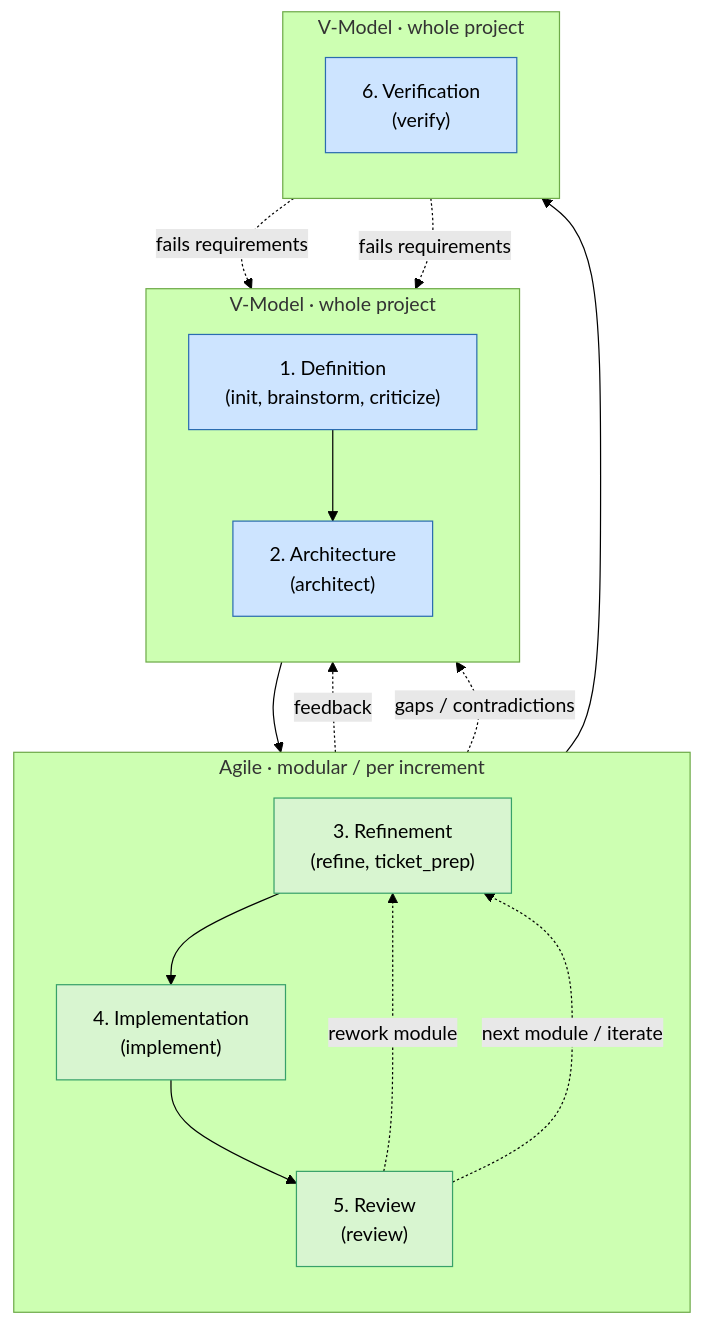
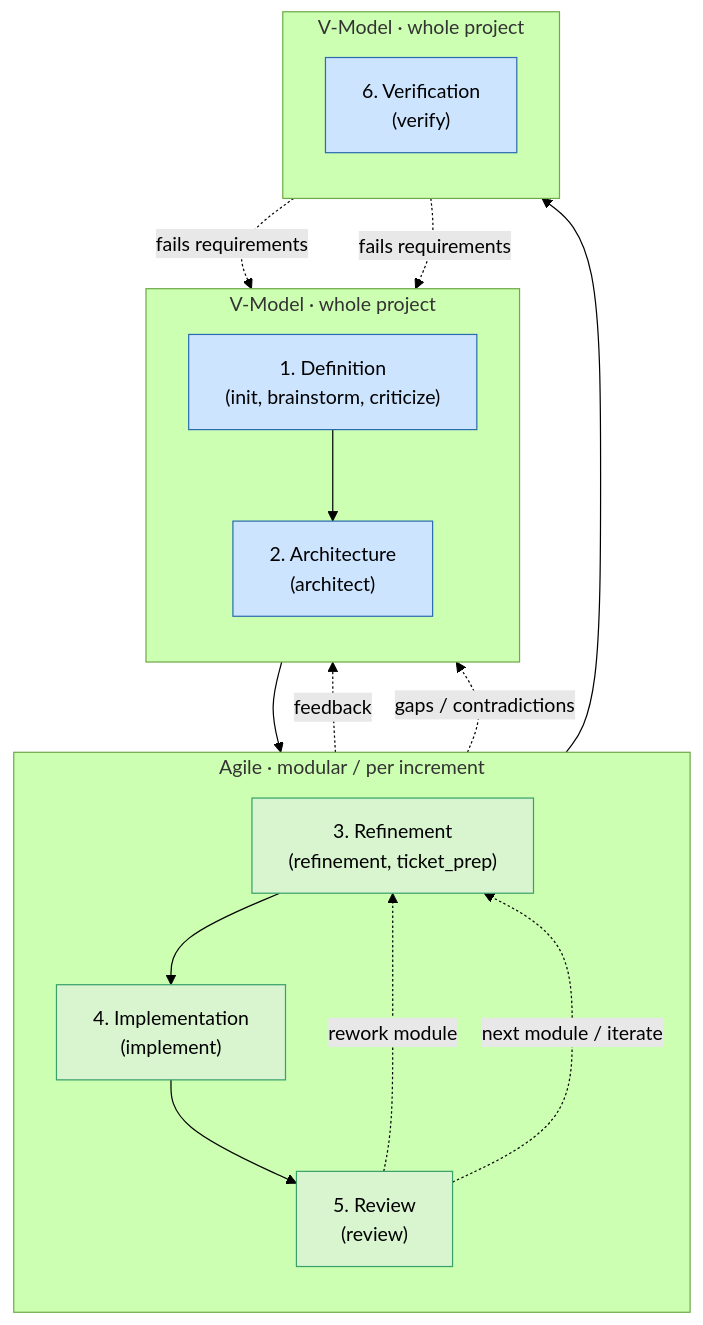
The diagram in .github/copilot-instructions.md (MaximilianMayr94/skills), drawn with Mermaid (forest theme) before and after one commit. The commit also changed other lines of this file and 13 other files, not shown here.

````diff
--- a/.github/copilot-instructions.md
+++ b/.github/copilot-instructions.md
@@ -24,34 +28,34 @@
 ```mermaid
 flowchart TB
     subgraph VM_TOP["V-Model · whole project"]
         direction TB
         D["1. Definition<br/>(init, brainstorm, criticize)"]
         A["2. Architecture<br/>(architect)"]
     end
 
     subgraph AGILE["Agile · modular / per increment"]
         direction TB
-        R["3. Refinement<br/>(refine, ticket_prep)"]
+        R["3. Refinement<br/>(refinement, ticket_prep)"]
         I["4. Implementation<br/>(implement)"]
         V["5. Review<br/>(review)"]
     end
 
     subgraph VM_BOT["V-Model · whole project"]
         direction TB
         VER["6. Verification<br/>(verify)"]
     end
 
     D --> A --> R --> I --> V --> VER
     V -. "rework module" .-> R
     V -. "feedback" .-> A
     VER -. "fails requirements" .-> A
     VER -. "fails requirements" .-> D
     R -. "gaps / contradictions" .-> A
 
     V -. "next module / iterate" .-> R
 
     classDef vmodel fill:#cde4ff,stroke:#2b6cb0,color:#000;
     classDef agile fill:#d8f5d0,stroke:#38a169,color:#000;
     class D,A,VER vmodel;
     class R,I,V agile;
 ```
````
